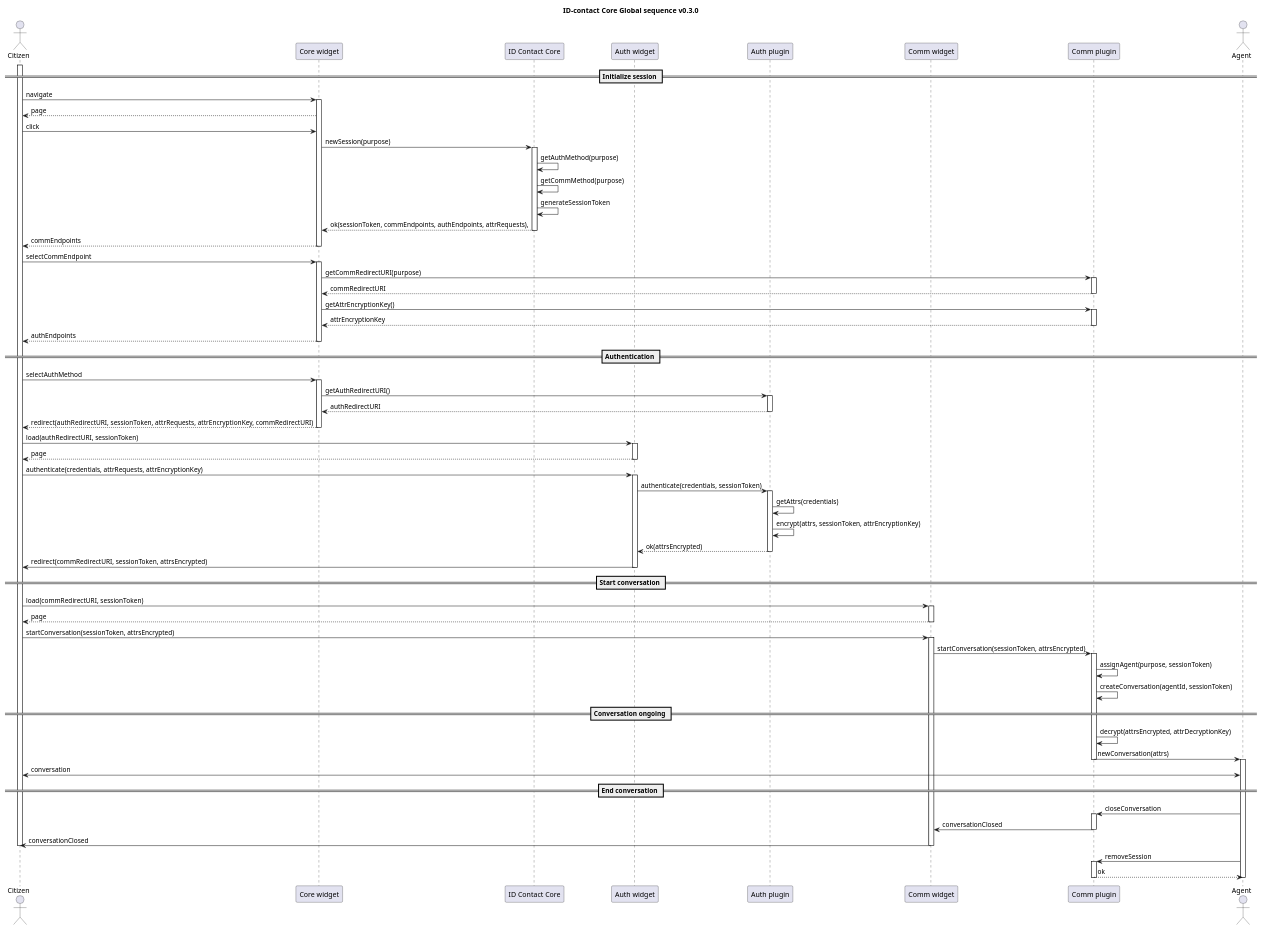
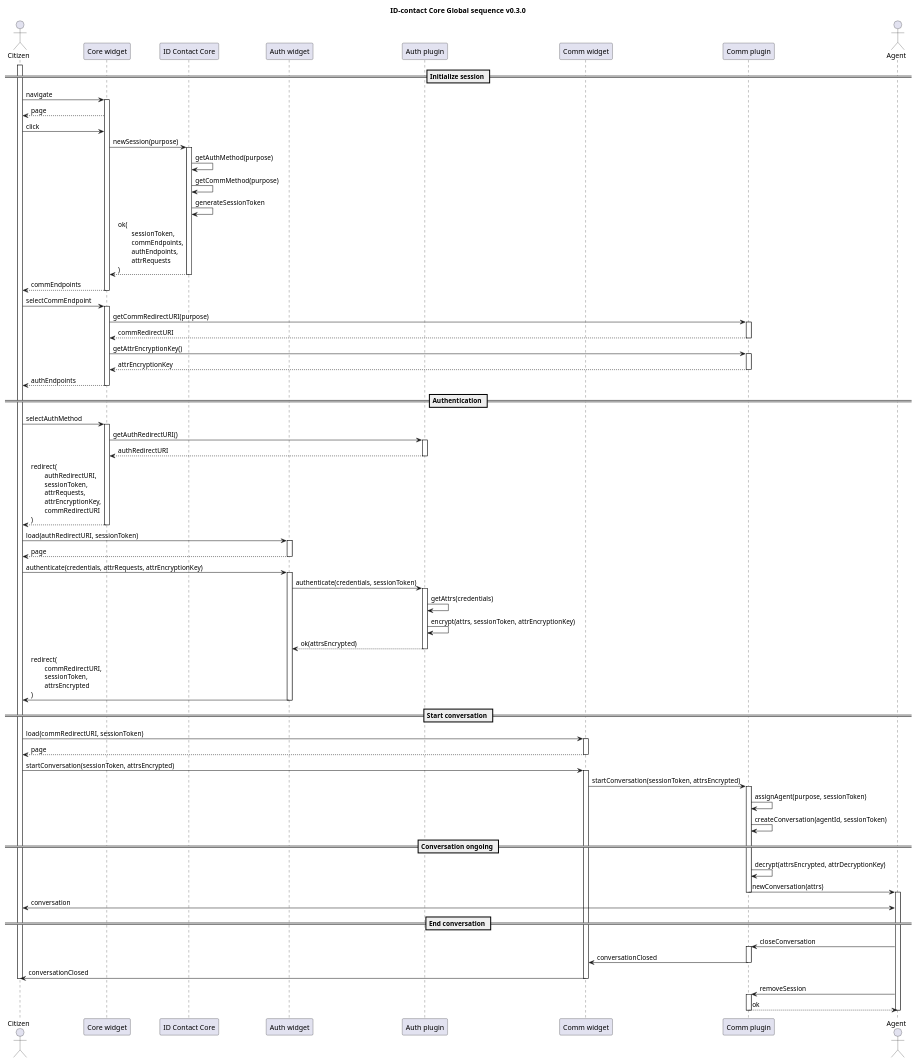
One commit to id-contact/docs changed the diagram in docs/diagrams/global-sequence.puml. Above: the diagram before and after it, drawn with PlantUML.

Commit message:
Formatting of global sequence

```diff
--- a/docs/diagrams/global-sequence.puml
+++ b/docs/diagrams/global-sequence.puml
@@ -2,107 +2,107 @@
 @startuml
 title ID-contact Core Global sequence v0.3.0
 
 actor Citizen as citizen
 participant "Core widget" as widget
 participant "ID Contact Core" as core
 participant "Auth widget" as auth_widget
 participant "Auth plugin" as auth_plugin
 participant "Comm widget" as comm_widget
 participant "Comm plugin" as comm_plugin
 actor Agent as agent
 
 == Initialize session ==
 
 activate citizen
 citizen->widget: navigate
 activate widget
 widget-->citizen: page
 citizen->widget: click
 widget->core: newSession(purpose)
 activate core
 core->core: getAuthMethod(purpose)
 core->core: getCommMethod(purpose)
 core->core: generateSessionToken
-core-->widget: ok(sessionToken, commEndpoints, authEndpoints, attrRequests),
+core-->widget: ok(\n\tsessionToken,\n\tcommEndpoints,\n\tauthEndpoints,\n\tattrRequests\n)
 deactivate core
 widget-->citizen: commEndpoints
 deactivate widget
 citizen->widget: selectCommEndpoint
 activate widget
 widget->comm_plugin: getCommRedirectURI(purpose)
 activate comm_plugin
 comm_plugin-->widget: commRedirectURI
 deactivate comm_plugin
 widget->comm_plugin: getAttrEncryptionKey()
 activate comm_plugin
 comm_plugin-->widget: attrEncryptionKey
 deactivate comm_plugin
 widget-->citizen: authEndpoints
 deactivate widget
 
 == Authentication ==
 
 citizen->widget: selectAuthMethod
 activate widget
 widget->auth_plugin: getAuthRedirectURI()
 activate auth_plugin
 auth_plugin-->widget: authRedirectURI
 deactivate auth_plugin
-widget-->citizen: redirect(authRedirectURI, sessionToken, attrRequests, attrEncryptionKey, commRedirectURI)
+widget-->citizen: redirect(\n\tauthRedirectURI,\n\tsessionToken,\n\tattrRequests,\n\tattrEncryptionKey,\n\tcommRedirectURI\n)
 deactivate widget
 
 citizen->auth_widget: load(authRedirectURI, sessionToken)
 activate auth_widget
 auth_widget-->citizen: page
 deactivate auth_widget
 
 citizen->auth_widget: authenticate(credentials, attrRequests, attrEncryptionKey)
 activate auth_widget
 auth_widget->auth_plugin: authenticate(credentials, sessionToken)
 activate auth_plugin
 auth_plugin->auth_plugin: getAttrs(credentials)
 auth_plugin->auth_plugin: encrypt(attrs, sessionToken, attrEncryptionKey)
 auth_plugin-->auth_widget: ok(attrsEncrypted)
 deactivate auth_plugin
-auth_widget->citizen: redirect(commRedirectURI, sessionToken, attrsEncrypted)
+auth_widget->citizen: redirect(\n\tcommRedirectURI,\n\tsessionToken,\n\tattrsEncrypted\n)
 deactivate auth_widget
 
 == Start conversation ==
 
 citizen->comm_widget: load(commRedirectURI, sessionToken)
 activate comm_widget
 comm_widget-->citizen: page
 deactivate comm_widget
 
 citizen->comm_widget: startConversation(sessionToken, attrsEncrypted)
 activate comm_widget
 comm_widget->comm_plugin: startConversation(sessionToken, attrsEncrypted)
 activate comm_plugin
 
 comm_plugin->comm_plugin: assignAgent(purpose, sessionToken)
 comm_plugin->comm_plugin: createConversation(agentId, sessionToken)
 
 == Conversation ongoing ==
 comm_plugin->comm_plugin: decrypt(attrsEncrypted, attrDecryptionKey)
 comm_plugin->agent: newConversation(attrs)
 deactivate comm_plugin
 
 activate agent
 citizen<->agent: conversation
 
 == End conversation ==
 agent->comm_plugin: closeConversation
 activate comm_plugin
 comm_plugin->comm_widget: conversationClosed
 deactivate comm_plugin
 comm_widget->citizen: conversationClosed
 deactivate comm_widget
 deactivate citizen
 agent->comm_plugin: removeSession
 activate comm_plugin
 comm_plugin-->agent: ok
 deactivate comm_plugin
 deactivate agent
 
 
 @enduml
```
